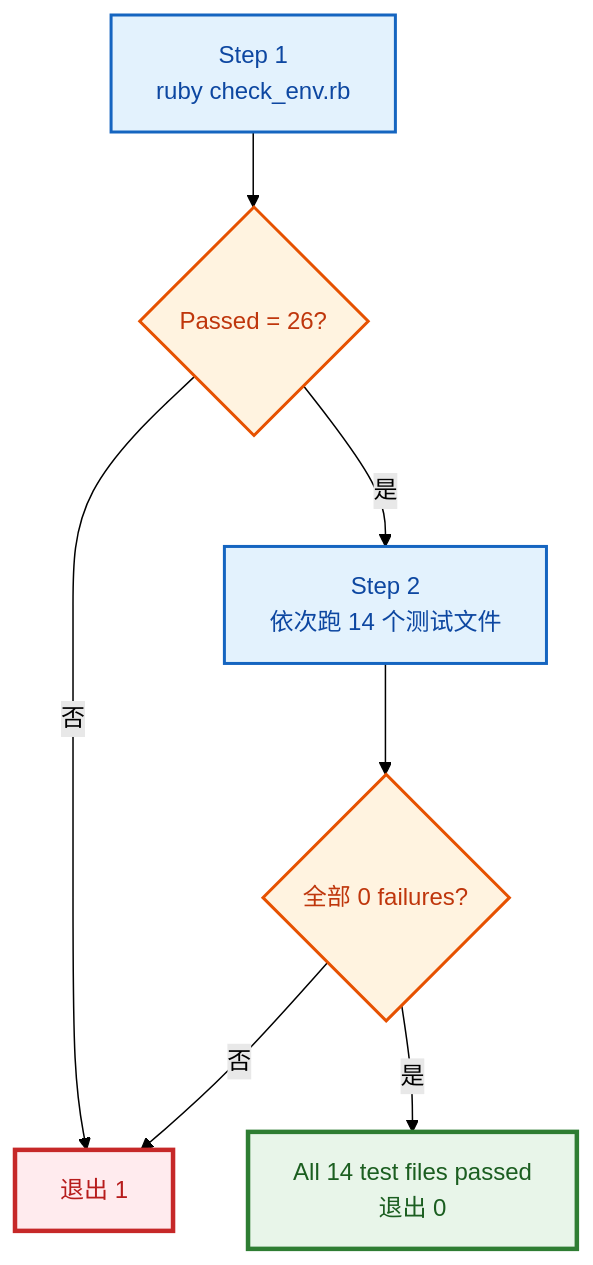
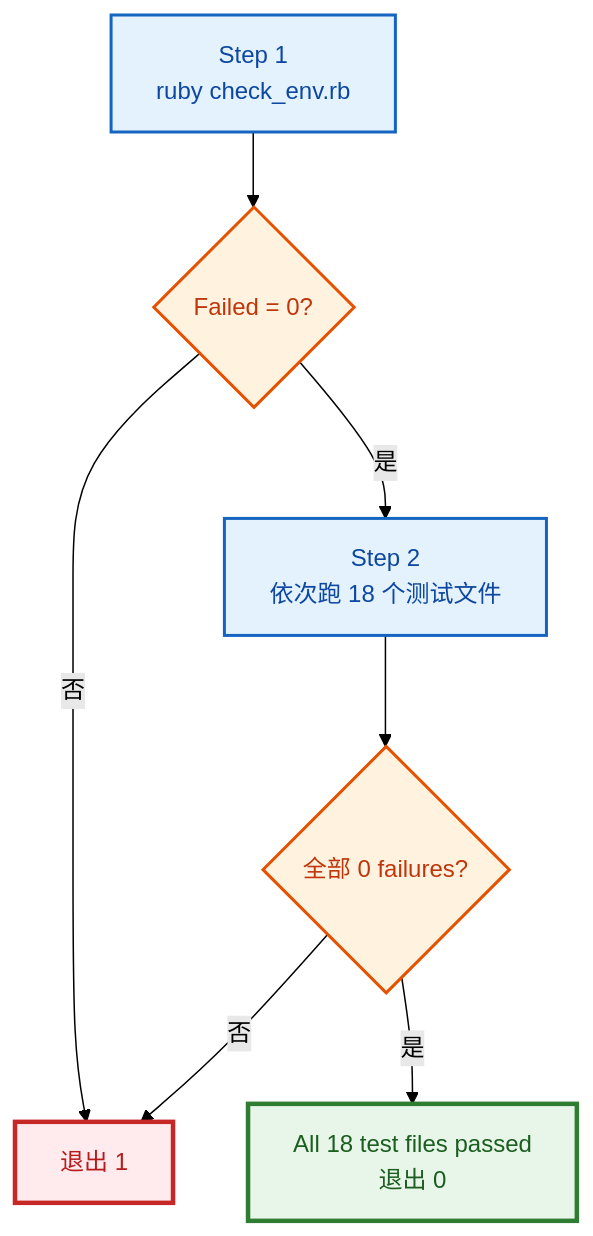
One commit to PassByYou888/LingoFuse changed diagram 12 of 14 in ruby/README.md. Above: the diagram before and after it, drawn with Mermaid (forest theme). The commit also changed other lines of this file and 21 other files, not shown here.

````diff
--- a/ruby/README.md
+++ b/ruby/README.md
@@ -807,19 +790,19 @@
 ```mermaid
 flowchart TD
-    S1["Step 1<br/>ruby check_env.rb"] --> Q1{"Passed = 26?"}
+    S1["Step 1<br/>ruby check_env.rb"] --> Q1{"Failed = 0?"}
     Q1 -->|"否"| Fail["退出 1"]
-    Q1 -->|"是"| S2["Step 2<br/>依次跑 14 个测试文件"]
+    Q1 -->|"是"| S2["Step 2<br/>依次跑 18 个测试文件"]
     S2 --> Q2{"全部 0 failures?"}
     Q2 -->|"否"| Fail
-    Q2 -->|"是"| Ok["All 14 test files passed<br/>退出 0"]
+    Q2 -->|"是"| Ok["All 18 test files passed<br/>退出 0"]
 
     classDef ok fill:#E8F5E9,stroke:#2E7D32,stroke-width:3px,color:#1B5E20
     classDef fail fill:#FFEBEE,stroke:#C62828,stroke-width:3px,color:#B71C1C
     classDef step fill:#E3F2FD,stroke:#1565C0,stroke-width:2px,color:#0D47A1
     classDef check fill:#FFF3E0,stroke:#E65100,stroke-width:2px,color:#BF360C
 
     class Ok ok
     class Fail fail
     class S1,S2 step
     class Q1,Q2 check
 ```
````
